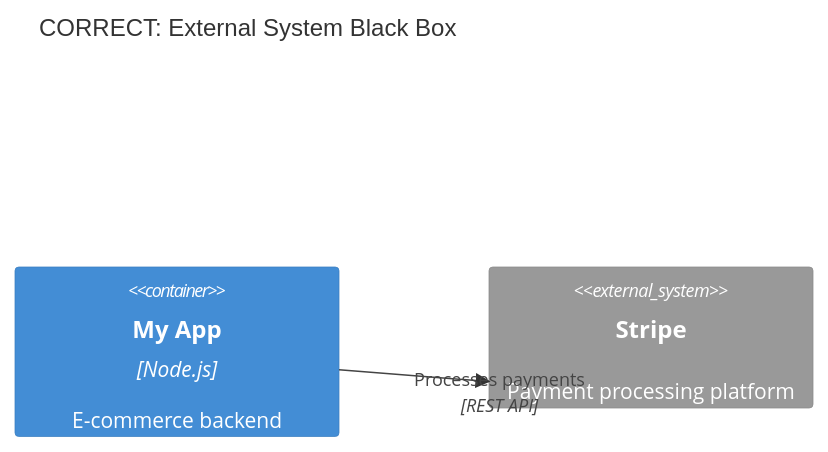
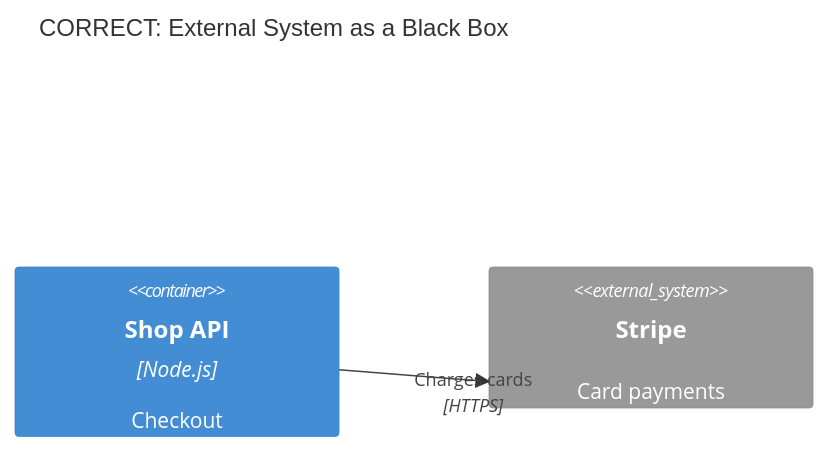
The ninth of 10 diagrams in dist/plugins/c4-architecture/skills/c4-architecture/references/common-mistakes.md (castocolina/agent-toolkit), drawn with Mermaid before and after one commit. The commit also changed other lines of this file and 1013 other files, not shown here.

````diff
--- a/dist/plugins/c4-architecture/skills/c4-architecture/references/common-mistakes.md
+++ b/dist/plugins/c4-architecture/skills/c4-architecture/references/common-mistakes.md
@@ -192,9 +120,7 @@
 ```mermaid
-C4Context
-  title CORRECT: External System Black Box
-
-  Container(myApp, "My App", "Node.js", "E-commerce backend")
-  System_Ext(stripe, "Stripe", "Payment processing platform")
-
-  Rel(myApp, stripe, "Processes payments", "REST API")
+C4Container
+  title CORRECT: External System as a Black Box
+  Container(shopApi, "Shop API", "Node.js", "Checkout")
+  System_Ext(stripe, "Stripe", "Card payments")
+  Rel(shopApi, stripe, "Charges cards", "HTTPS")
 ```
````
